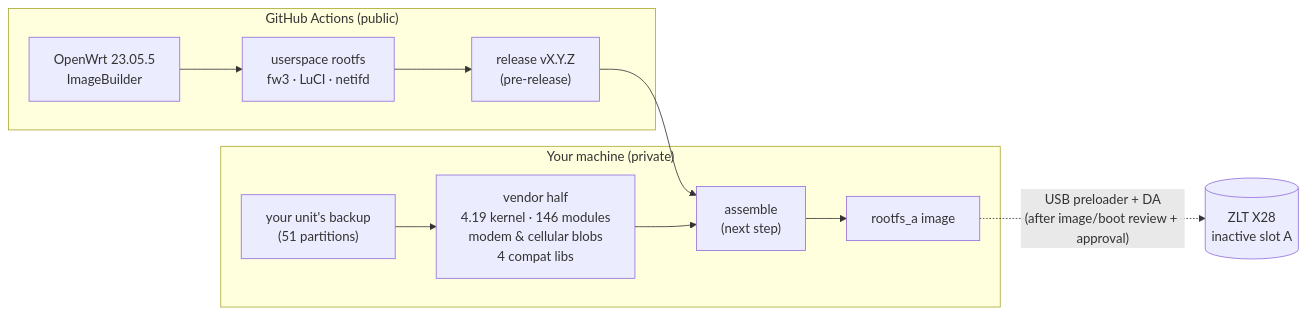
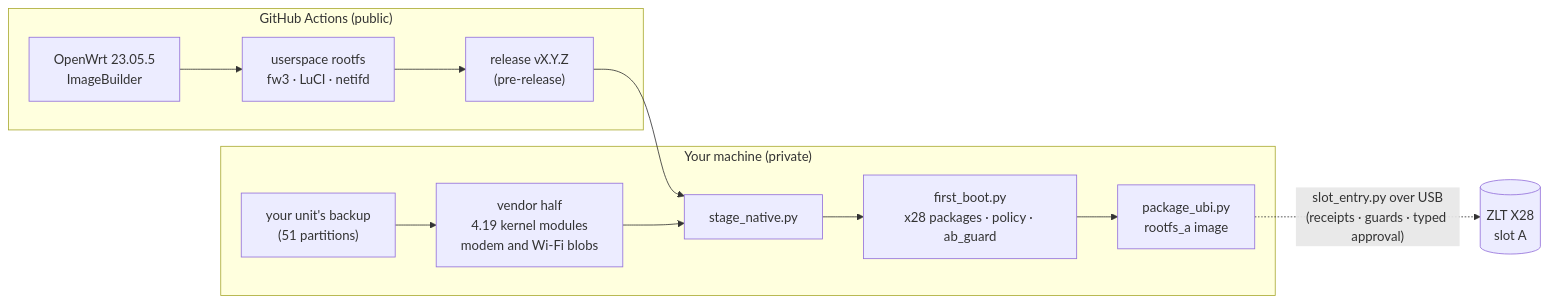
The diagram in README.md (mralinp/zlt-x28-openwrt), drawn with Mermaid before and after one commit. The commit also changed other lines of this file and 18 other files, not shown here.

First line of the commit message:
docs: align README, status, plan and tasks with the working native image, add a changelog (#148)

````diff
--- a/README.md
+++ b/README.md
@@ -56,14 +84,15 @@
 ```mermaid
 flowchart LR
     subgraph CI["GitHub Actions (public)"]
         IB["OpenWrt 23.05.5<br/>ImageBuilder"] --> U["userspace rootfs<br/>fw3 · LuCI · netifd"]
         U --> R["release vX.Y.Z<br/>(pre-release)"]
     end
     subgraph LOCAL["Your machine (private)"]
-        B["your unit's backup<br/>(51 partitions)"] --> V["vendor half<br/>4.19 kernel · 146 modules<br/>modem & cellular blobs<br/>4 compat libs"]
-        R --> A["assemble<br/>(next step)"]
-        V --> A
-        A --> IMG["rootfs_a image"]
+        B["your unit's backup<br/>(51 partitions)"] --> V["vendor half<br/>4.19 kernel modules<br/>modem and Wi-Fi blobs"]
+        R --> S["stage_native.py"]
+        V --> S
+        S --> F["first_boot.py<br/>x28 packages · policy · ab_guard"]
+        F --> P["package_ubi.py<br/>rootfs_a image"]
     end
-    IMG -. "USB preloader + DA<br/>(after image/boot review + approval)" .-> X28[("ZLT X28<br/>inactive slot A")]
+    P -. "slot_entry.py over USB<br/>(receipts · guards · typed approval)" .-> X28[("ZLT X28<br/>slot A")]
 ```
````
